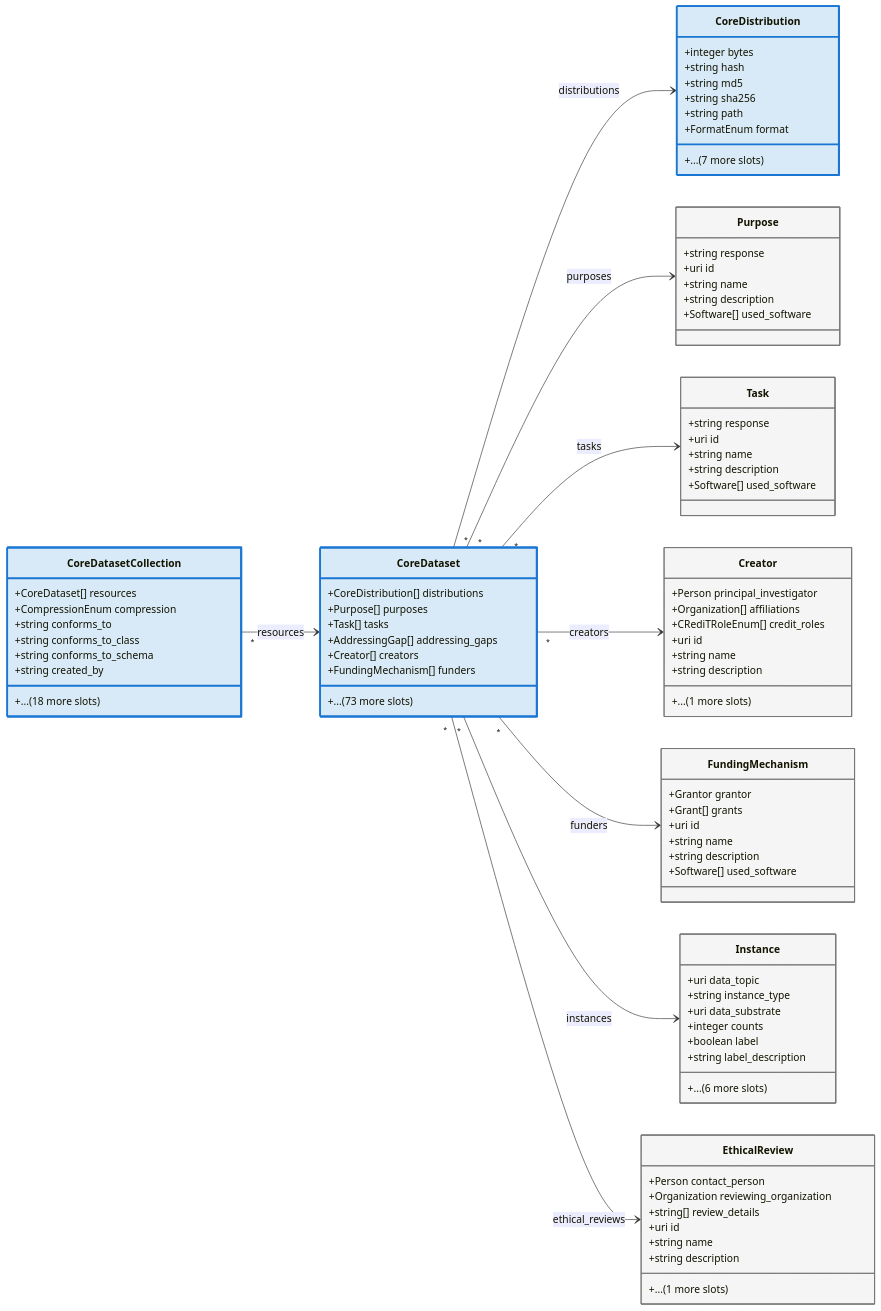
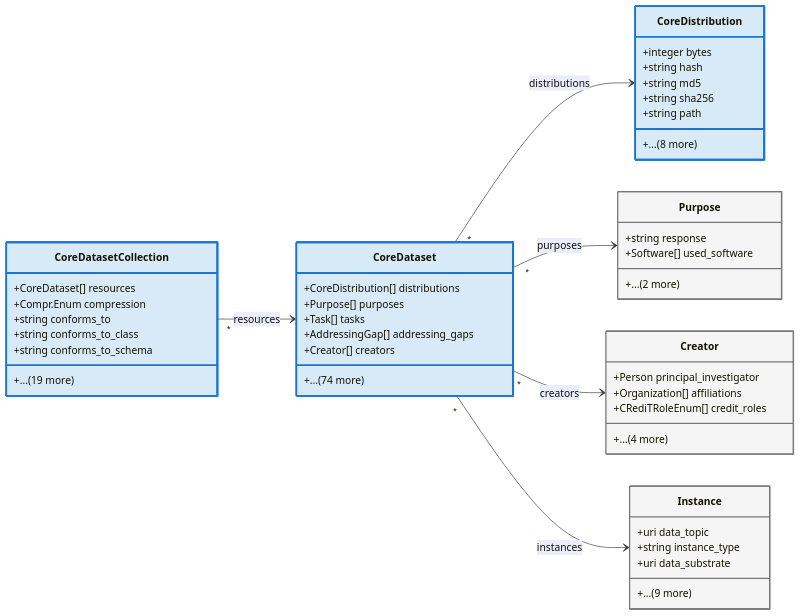
Before and after one commit to bridge2ai/data-sheets-schema: the diagram in data/poster_assets/figures/fig5_d4d_core_schema.mmd, drawn with Mermaid. The commit also changed 1 other file, not shown here.

Commit message:
Compact Fig 5: D4D-Core class diagram
Curated supporting classes (Purpose, Creator, Instance) reduce the diagram
to 6 boxes total at landscape aspect, suitable for poster sidebar.

```diff
--- a/data/poster_assets/figures/fig5_d4d_core_schema.mmd
+++ b/data/poster_assets/figures/fig5_d4d_core_schema.mmd
@@ -1,103 +1,61 @@
 ---
 config:
   theme: default
 ---
 classDiagram
   direction LR
 
   class CoreDatasetCollection {
     +CoreDataset[] resources
-    +CompressionEnum compression
+    +Compr.Enum compression
     +string conforms_to
     +string conforms_to_class
     +string conforms_to_schema
-    +string created_by
-    +... (18 more slots)
+    +... (19 more)
   }
   class CoreDataset {
     +CoreDistribution[] distributions
     +Purpose[] purposes
     +Task[] tasks
     +AddressingGap[] addressing_gaps
     +Creator[] creators
-    +FundingMechanism[] funders
-    +... (73 more slots)
+    +... (74 more)
   }
   class CoreDistribution {
     +integer bytes
     +string hash
     +string md5
     +string sha256
     +string path
-    +FormatEnum format
-    +... (7 more slots)
+    +... (8 more)
   }
   class Purpose {
     +string response
-    +uri id
-    +string name
-    +string description
     +Software[] used_software
-  }
-  class Task {
-    +string response
-    +uri id
-    +string name
-    +string description
-    +Software[] used_software
+    +... (2 more)
   }
   class Creator {
     +Person principal_investigator
     +Organization[] affiliations
     +CRediTRoleEnum[] credit_roles
-    +uri id
-    +string name
-    +string description
-    +... (1 more slots)
-  }
-  class FundingMechanism {
-    +Grantor grantor
-    +Grant[] grants
-    +uri id
-    +string name
-    +string description
-    +Software[] used_software
+    +... (4 more)
   }
   class Instance {
     +uri data_topic
     +string instance_type
     +uri data_substrate
-    +integer counts
-    +boolean label
-    +string label_description
-    +... (6 more slots)
-  }
-  class EthicalReview {
-    +Person contact_person
-    +Organization reviewing_organization
-    +string[] review_details
-    +uri id
-    +string name
-    +string description
-    +... (1 more slots)
+    +... (9 more)
   }
 
   CoreDatasetCollection "*" --> CoreDataset : resources
   CoreDataset "*" --> CoreDistribution : distributions
   CoreDataset "*" --> Purpose : purposes
-  CoreDataset "*" --> Task : tasks
   CoreDataset "*" --> Creator : creators
-  CoreDataset "*" --> FundingMechanism : funders
   CoreDataset "*" --> Instance : instances
-  CoreDataset "*" --> EthicalReview : ethical_reviews
-
 
   style CoreDatasetCollection fill:#D8EAF7,stroke:#1976D2,stroke-width:3px
   style CoreDataset fill:#D8EAF7,stroke:#1976D2,stroke-width:3px
   style CoreDistribution fill:#D8EAF7,stroke:#1976D2,stroke-width:3px
-  style Purpose fill:#F5F5F5,stroke:#787878,stroke-width:1.5px
-  style Task fill:#F5F5F5,stroke:#787878,stroke-width:1.5px
-  style Creator fill:#F5F5F5,stroke:#787878,stroke-width:1.5px
-  style FundingMechanism fill:#F5F5F5,stroke:#787878,stroke-width:1.5px
-  style Instance fill:#F5F5F5,stroke:#787878,stroke-width:1.5px
-  style EthicalReview fill:#F5F5F5,stroke:#787878,stroke-width:1.5px
+  style Purpose fill:#F5F5F5,stroke:#787878,stroke-width:2px
+  style Creator fill:#F5F5F5,stroke:#787878,stroke-width:2px
+  style Instance fill:#F5F5F5,stroke:#787878,stroke-width:2px
```
